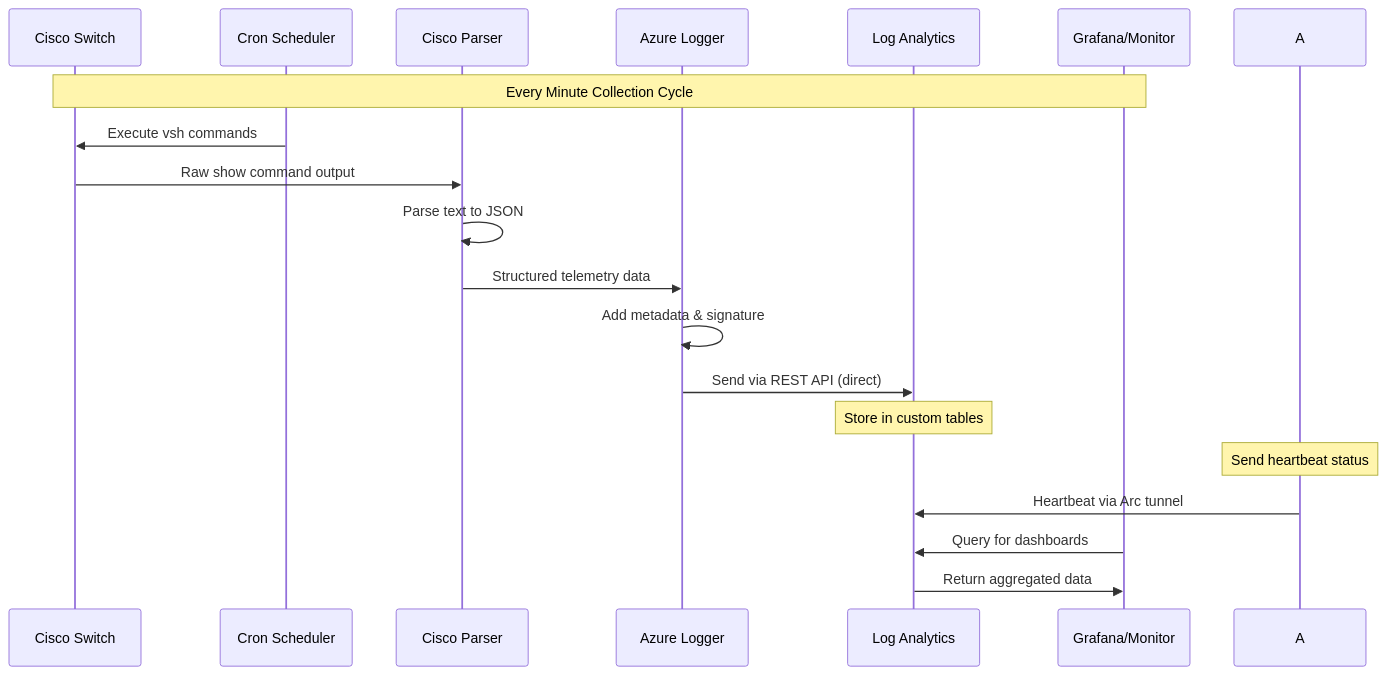
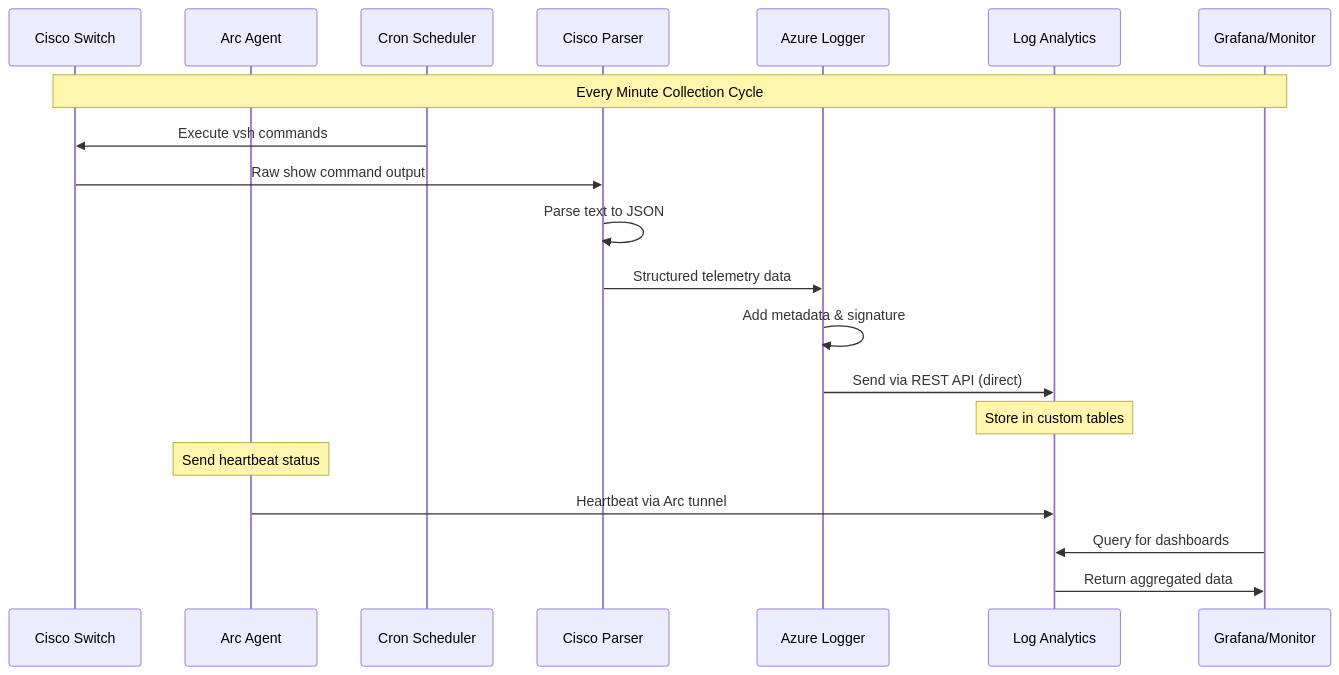
One commit to microsoft/arc-switch changed the second of 8 diagrams in Docs/arcnet_onboarding_instructions/README.md. Above: the diagram before and after it, drawn with Mermaid.

Commit message:
Fix undefined participant 'A' in sequence diagram - add Arc Agent participant

````diff
--- a/Docs/arcnet_onboarding_instructions/README.md
+++ b/Docs/arcnet_onboarding_instructions/README.md
@@ -54,23 +54,24 @@
 ```mermaid
 sequenceDiagram
     participant CS as Cisco Switch
+    participant Arc as Arc Agent
     participant Cron as Cron Scheduler
     participant Parser as Cisco Parser
     participant Logger as Azure Logger
     participant LA as Log Analytics
     participant GM as Grafana/Monitor
     
     Note over CS,GM: Every Minute Collection Cycle
     
     Cron->>CS: Execute vsh commands
     CS->>Parser: Raw show command output
     Parser->>Parser: Parse text to JSON
     Parser->>Logger: Structured telemetry data
     Logger->>Logger: Add metadata & signature
     Logger->>LA: Send via REST API (direct)
     Note over LA: Store in custom tables
-    Note over A: Send heartbeat status
-    A->>LA: Heartbeat via Arc tunnel
+    Note over Arc: Send heartbeat status
+    Arc->>LA: Heartbeat via Arc tunnel
     GM->>LA: Query for dashboards
     LA->>GM: Return aggregated data
 ```
````
